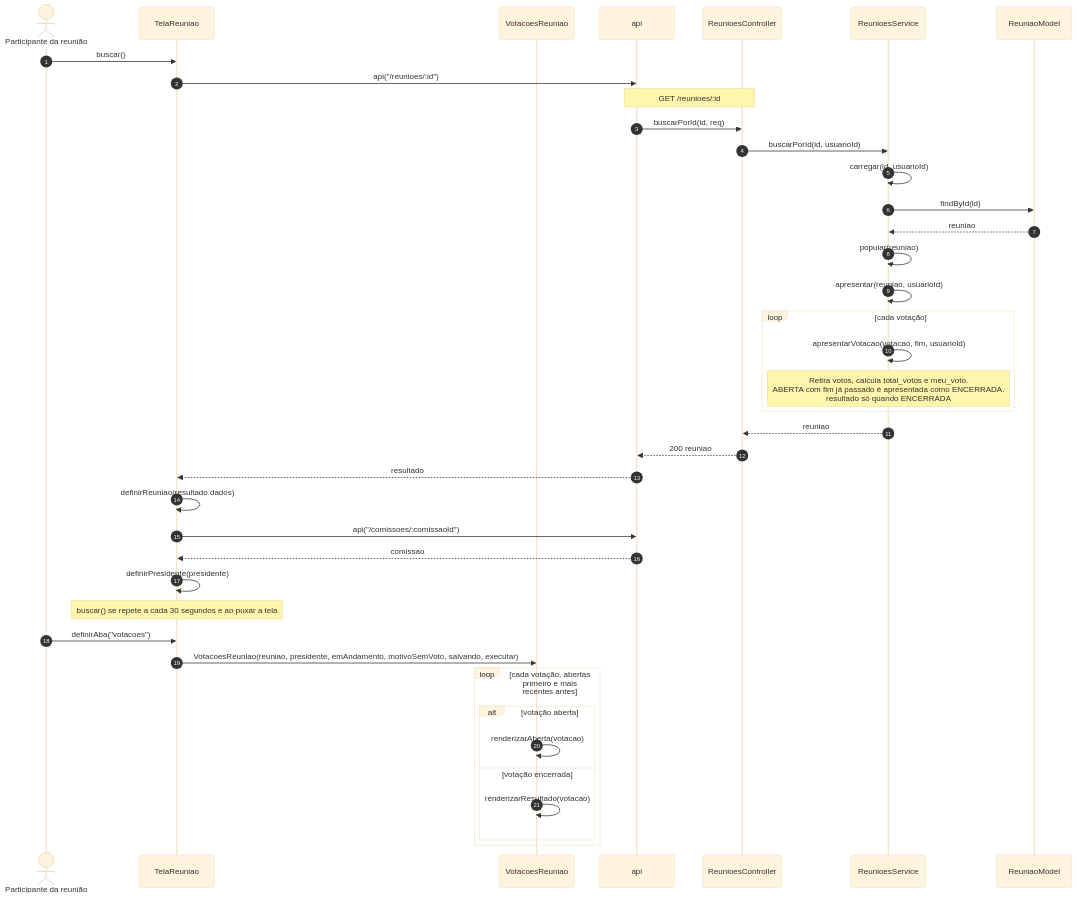
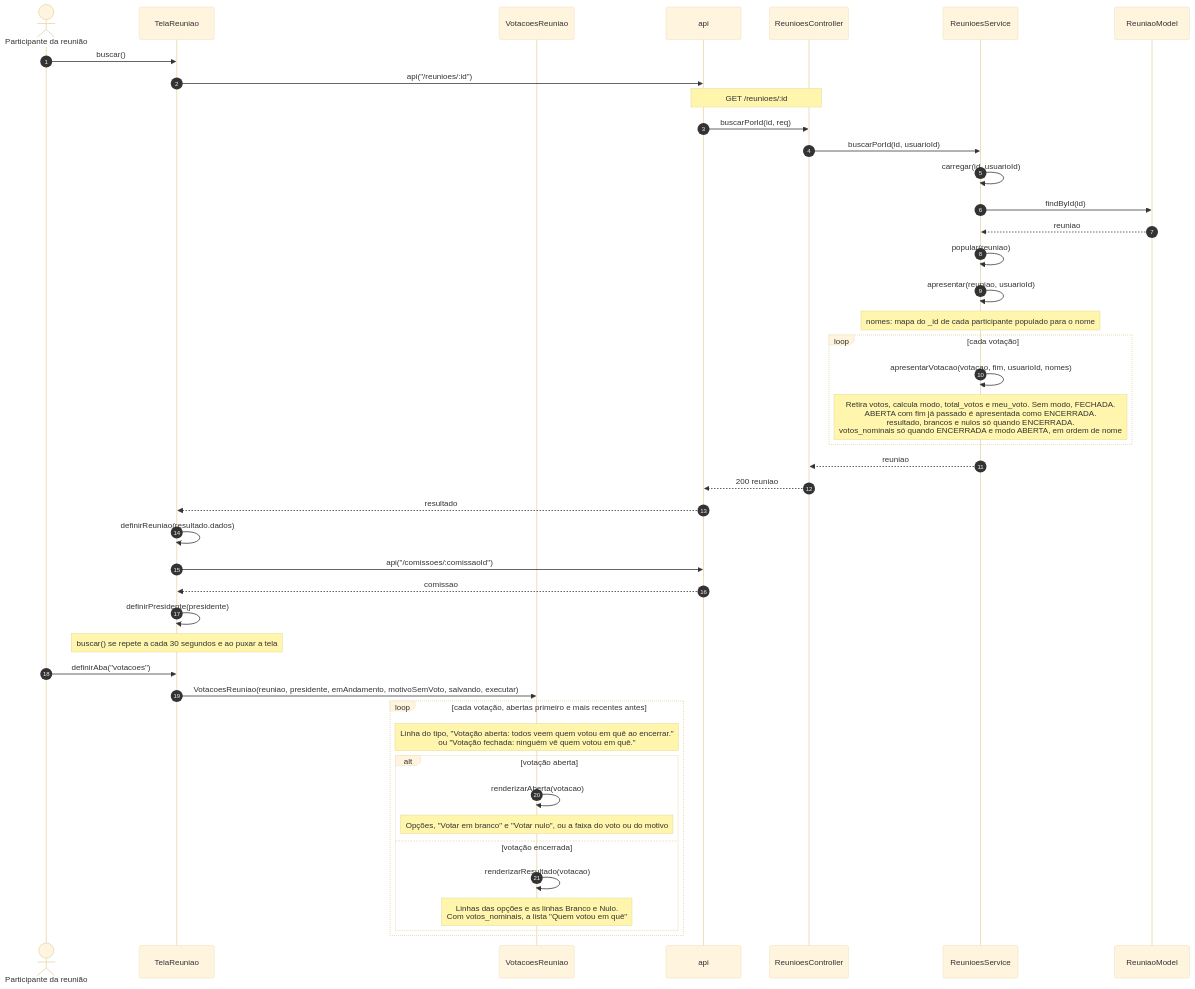
Before and after one commit to Conecta-IFSP/DOCUMENTATION: the fourth of 4 diagrams in 4 - Incremento 3/votacao/6 - diagramas-sequencia-votacao.md, drawn with Mermaid (base theme). The commit also changed other lines of this file and 12 other files, not shown here.

Commit message:
Documenta o voto em branco e nulo e a votação aberta ou fechada

````diff
--- a/4 - Incremento 3/votacao/6 - diagramas-sequencia-votacao.md
+++ b/4 - Incremento 3/votacao/6 - diagramas-sequencia-votacao.md
@@ -167,42 +174,46 @@
 ```mermaid
 sequenceDiagram
     autonumber
     actor U as Participante da reunião
     participant T as TelaReuniao
     participant V as VotacoesReuniao
     participant A as api
     participant C as ReunioesController
     participant S as ReunioesService
     participant M as ReuniaoModel
     U->>T: buscar()
     T->>A: api("/reunioes/:id")
     Note over A,C: GET /reunioes/:id
     A->>C: buscarPorId(id, req)
     C->>S: buscarPorId(id, usuarioId)
     S->>S: carregar(id, usuarioId)
     S->>M: findById(id)
     M-->>S: reuniao
     S->>S: popular(reuniao)
     S->>S: apresentar(reuniao, usuarioId)
+    Note over S: nomes: mapa do _id de cada participante populado para o nome
     loop cada votação
-        S->>S: apresentarVotacao(votacao, fim, usuarioId)
-        Note over S: Retira votos, calcula total_votos e meu_voto.<br/>ABERTA com fim já passado é apresentada como ENCERRADA.<br/>resultado só quando ENCERRADA
+        S->>S: apresentarVotacao(votacao, fim, usuarioId, nomes)
+        Note over S: Retira votos, calcula modo, total_votos e meu_voto. Sem modo, FECHADA.<br/>ABERTA com fim já passado é apresentada como ENCERRADA.<br/>resultado, brancos e nulos só quando ENCERRADA.<br/>votos_nominais só quando ENCERRADA e modo ABERTA, em ordem de nome
     end
     S-->>C: reuniao
     C-->>A: 200 reuniao
     A-->>T: resultado
     T->>T: definirReuniao(resultado.dados)
     T->>A: api("/comissoes/:comissaoId")
     A-->>T: comissao
     T->>T: definirPresidente(presidente)
     Note over T: buscar() se repete a cada 30 segundos e ao puxar a tela
     U->>T: definirAba("votacoes")
     T->>V: VotacoesReuniao(reuniao, presidente, emAndamento, motivoSemVoto, salvando, executar)
     loop cada votação, abertas primeiro e mais recentes antes
+        Note over V: Linha do tipo, "Votação aberta: todos veem quem votou em quê ao encerrar."<br/>ou "Votação fechada: ninguém vê quem votou em quê."
         alt votação aberta
             V->>V: renderizarAberta(votacao)
+            Note over V: Opções, "Votar em branco" e "Votar nulo", ou a faixa do voto ou do motivo
         else votação encerrada
             V->>V: renderizarResultado(votacao)
+            Note over V: Linhas das opções e as linhas Branco e Nulo.<br/>Com votos_nominais, a lista "Quem votou em quê"
         end
     end
 ```
````
